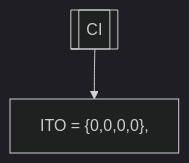
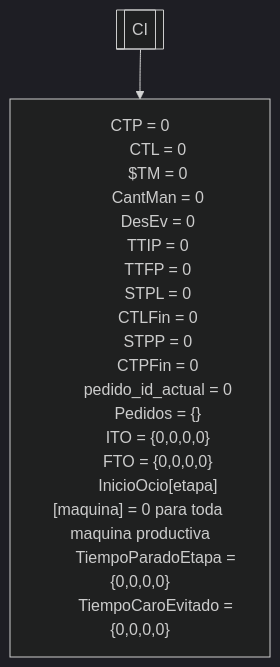
One commit to JuanManuelPrividera/TP-Simu changed the diagram in docs/Diagramas/ConfigsIniciales.mermaid. Above: the diagram before and after it, drawn with Mermaid (dark theme). The commit also changed 12 other files, not shown here.

```diff
--- a/docs/Diagramas/ConfigsIniciales.mermaid
+++ b/docs/Diagramas/ConfigsIniciales.mermaid
@@ -1,8 +1,25 @@
 flowchart TD
     a1[[CI]] --> a2
     a2["
-        ITO = {0,0,0,0},
+        CTP = 0
+        CTL = 0
+        $TM = 0
+        CantMan = 0
+        DesEv = 0
+        TTIP = 0
+        TTFP = 0
+        STPL = 0
+        CTLFin = 0
+        STPP = 0
+        CTPFin = 0
+        pedido_id_actual = 0
+        Pedidos = {}
+        ITO = {0,0,0,0}
+        FTO = {0,0,0,0}
+        InicioOcio[etapa][maquina] = 0 para toda maquina productiva
+        TiempoParadoEtapa = {0,0,0,0}
+        TiempoCaroEvitado = {0,0,0,0}
     "]
 
     %% TODO: definir config inicial por defecto para cada maquina.
     %% Ejemplo: CxM[etapa][maquina].lote.conf = CONF_DEFAULT.
```
